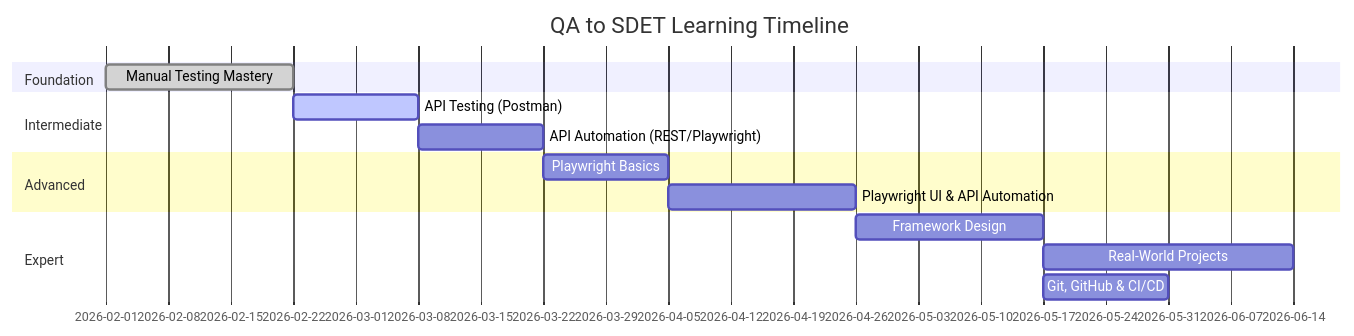
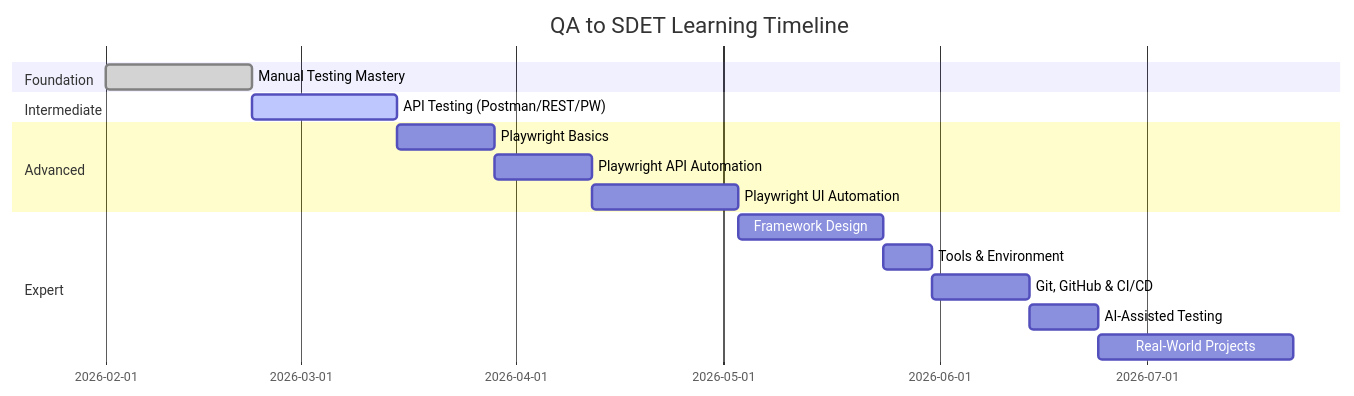
One commit to ghanendra-sdet/qa-to-sdet-roadmap changed the second of 2 diagrams in 00-introduction/learning_objectives.md. Above: the diagram before and after it, drawn with Mermaid. The commit also changed other lines of this file and 23 other files, not shown here.

````diff
--- a/00-introduction/learning_objectives.md
+++ b/00-introduction/learning_objectives.md
@@ -340,17 +372,19 @@
 ```mermaid
 gantt
     title QA to SDET Learning Timeline
     dateFormat YYYY-MM-DD
     section Foundation
     Manual Testing Mastery           :done, m1, 2026-02-01, 21d
     section Intermediate
-    API Testing (Postman)            :active, m2a, 2026-02-22, 14d
-    API Automation (REST/Playwright) :m2b, after m2a, 14d
+    API Testing (Postman/REST/PW)    :active, m2, 2026-02-22, 21d
     section Advanced
-    Playwright Basics                :m3, after m2b, 14d
-    Playwright UI & API Automation   :m4, after m3, 21d
+    Playwright Basics                :m3, after m2, 14d
+    Playwright API Automation        :m4, after m3, 14d
+    Playwright UI Automation         :m5, after m4, 21d
     section Expert
-    Framework Design                 :m5, after m4, 21d
-    Real-World Projects              :m6, after m5, 28d
-    Git, GitHub & CI/CD              :m7, after m5, 14d
+    Framework Design                 :m6, after m5, 21d
+    Tools & Environment              :m7, after m6, 7d
+    Git, GitHub & CI/CD              :m8, after m7, 14d
+    AI-Assisted Testing              :m9, after m8, 10d
+    Real-World Projects              :m10, after m9, 28d
 ```
````
